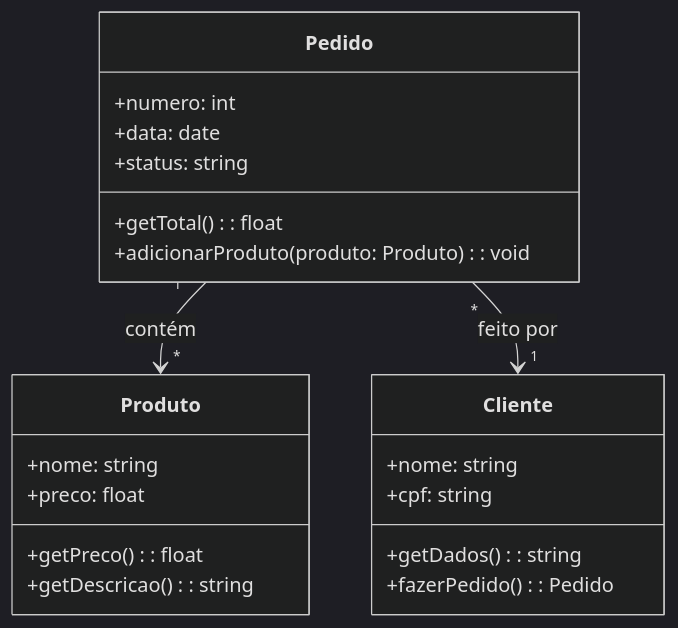
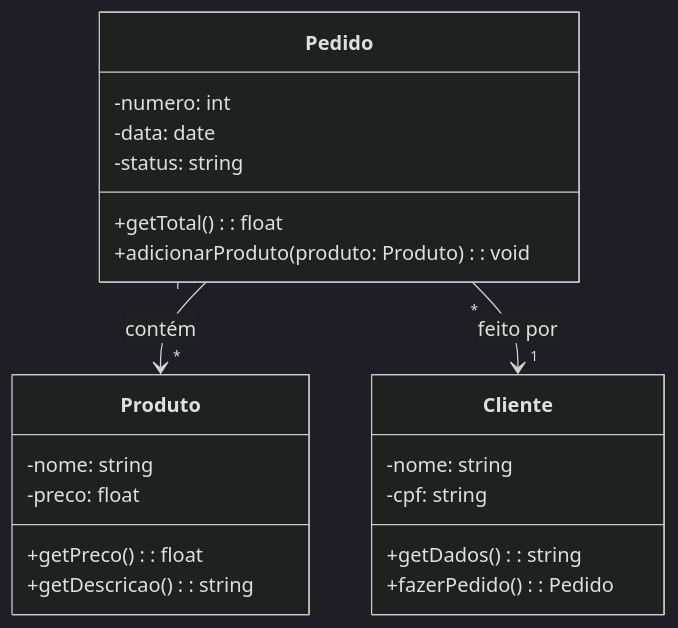
One commit to LucasGabrielPaes/poojavaceub-grupo05 changed the diagram in Fellipe_pedidos.md. Above: the diagram before and after it, drawn with Mermaid (dark theme). The commit also changed other lines of this file, not shown here.

````diff
--- a/Fellipe_pedidos.md
+++ b/Fellipe_pedidos.md
@@ -1,27 +1,27 @@
 ```mermaid
 classDiagram
   class Pedido {
-    +numero: int
-    +data: date
-    +status: string
+    -numero: int
+    -data: date
+    -status: string
     +getTotal(): float
     +adicionarProduto(produto: Produto): void
   }
 
+  class Produto {
+    -nome: string
+    -preco: float
+    +getPreco(): float
+    +getDescricao(): string
+  }
+
   class Cliente {
-    +nome: string
-    +cpf: string
+    -nome: string
+    -cpf: string
     +getDados(): string
     +fazerPedido(): Pedido
-  }
-
-  class Produto {
-    +nome: string
-    +preco: float
-    +getPreco(): float
-    +getDescricao(): string
   }
 
   Pedido "1" --> "*" Produto : contém
   Pedido "*" --> "1" Cliente : feito por
 ```
````
